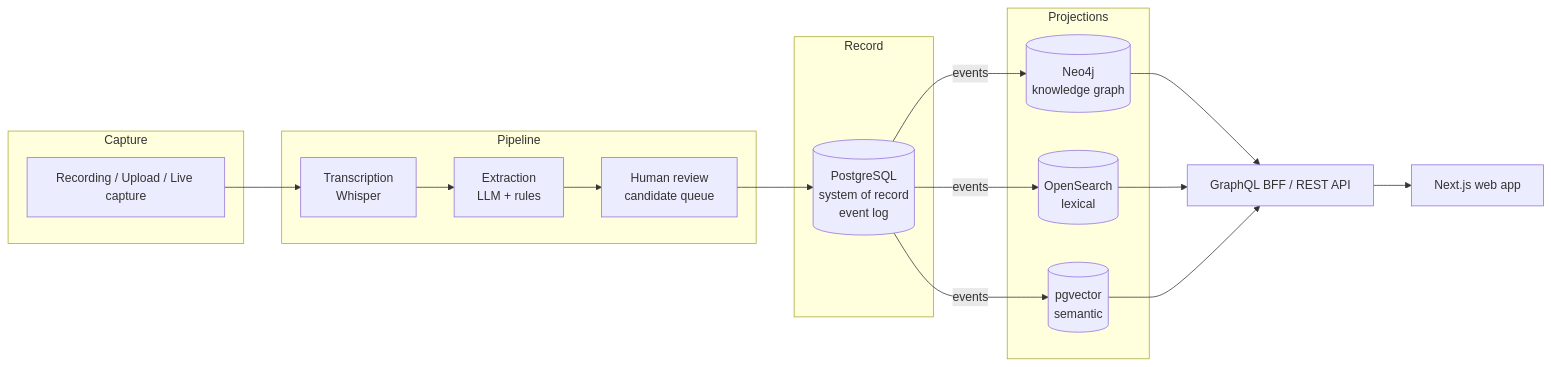
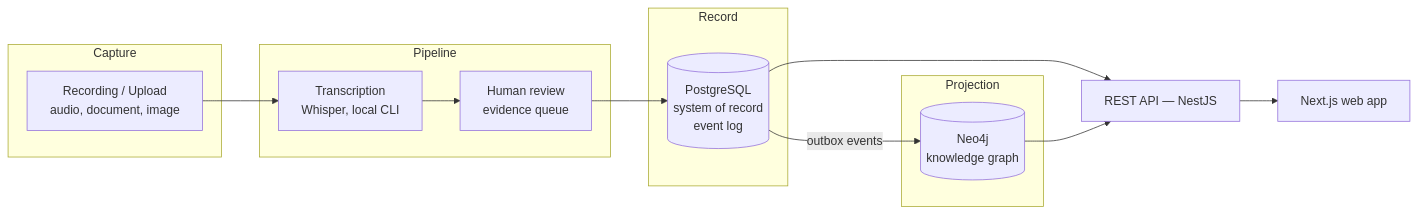
Before and after one commit to scigns/witness: the diagram in PROJECT_CONTEXT.md, drawn with Mermaid. The commit also changed other lines of this file and 21 other files, not shown here.

````diff
--- a/PROJECT_CONTEXT.md
+++ b/PROJECT_CONTEXT.md
@@ -141,25 +142,21 @@
 ```mermaid
 flowchart LR
   subgraph Capture
-    A[Recording / Upload / Live capture]
+    A[Recording / Upload<br/>audio, document, image]
   end
   subgraph Pipeline
-    B[Transcription<br/>Whisper] --> C[Extraction<br/>LLM + rules]
-    C --> D[Human review<br/>candidate queue]
+    B[Transcription<br/>Whisper, local CLI] --> C[Human review<br/>evidence queue]
   end
   subgraph Record
     E[(PostgreSQL<br/>system of record<br/>event log)]
   end
-  subgraph Projections
+  subgraph Projection
     F[(Neo4j<br/>knowledge graph)]
-    G[(OpenSearch<br/>lexical)]
-    H[(pgvector<br/>semantic)]
   end
   A --> B
-  D --> E
-  E -->|events| F
-  E -->|events| G
-  E -->|events| H
-  F & G & H --> I[GraphQL BFF / REST API]
+  C --> E
+  E -->|outbox events| F
+  E --> I[REST API — NestJS]
+  F --> I
   I --> J[Next.js web app]
 ```
````
